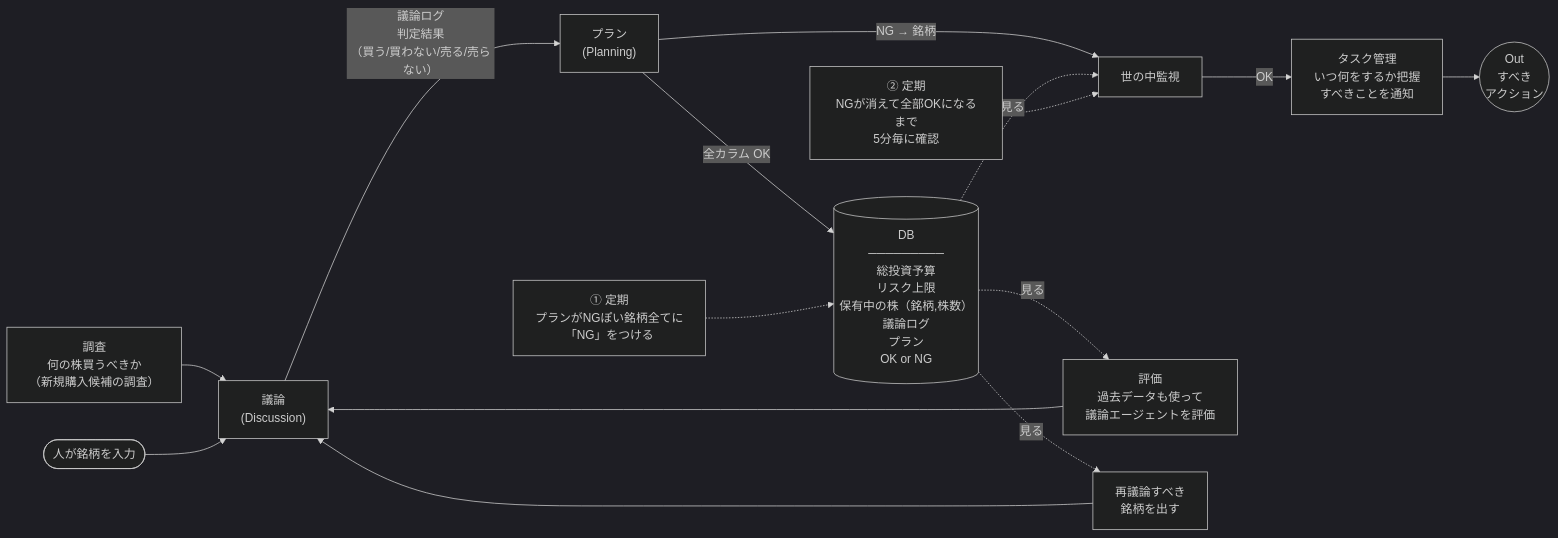
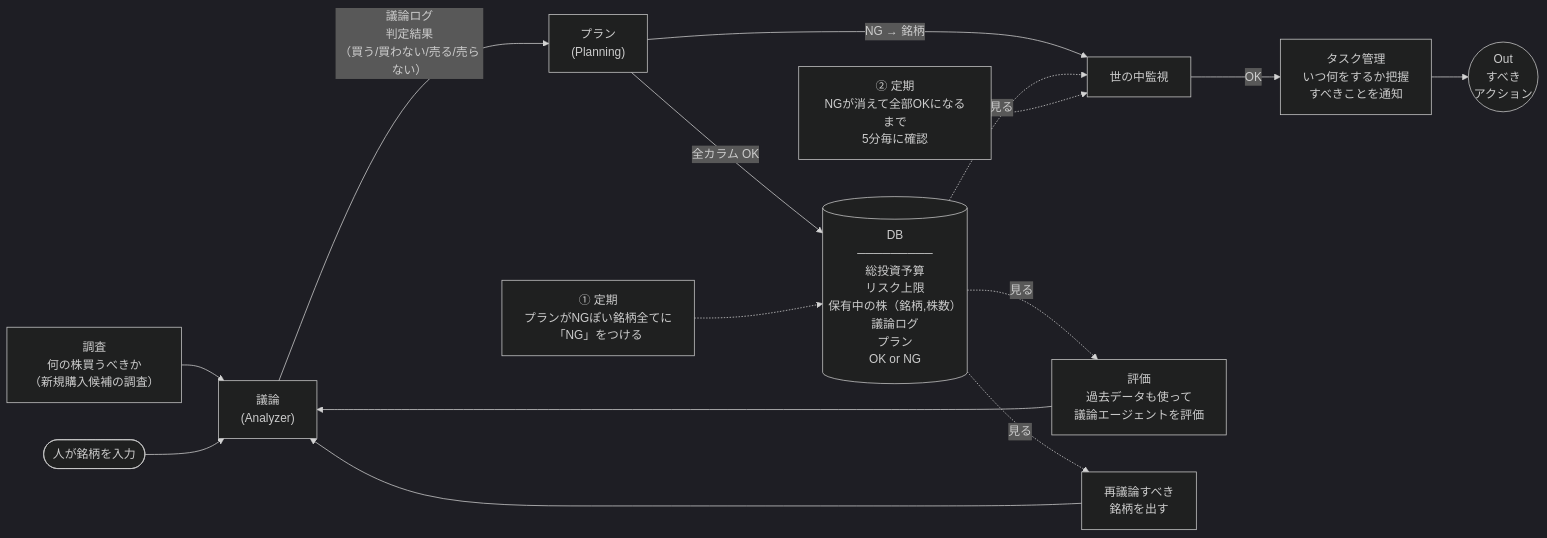
The diagram in system-overview.md (oSUiMiNo/Kabu-Trading1), drawn with Mermaid (dark theme) before and after one commit. The commit also changed other lines of this file and 92 other files, not shown here.

````diff
--- a/system-overview.md
+++ b/system-overview.md
@@ -3,49 +3,49 @@
 ```mermaid
 flowchart LR
     %% --- 入力 ---
     USER(["人が銘柄を入力"])
     RESEARCH["調査<br>何の株買うべきか<br>（新規購入候補の調査）"]
 
     %% --- コアパイプライン ---
-    DISC["議論<br>(Discussion)"]
+    DISC["議論<br>(Analyzer)"]
     PLAN["プラン<br>(Planning)"]
 
     %% --- データ ---
     DB[("DB<br>─────────<br>総投資予算<br>リスク上限<br>保有中の株（銘柄,株数）<br>議論ログ<br>プラン<br>OK or NG")]
 
     %% --- 監視・実行 ---
     MON["世の中監視"]
     TASK["タスク管理<br>いつ何をするか把握<br>すべきことを通知"]
     OUT(("Out<br>すべき<br>アクション"))
 
     %% --- フィードバック ---
     EVAL["評価<br>過去データも使って<br>議論エージェントを評価"]
     REEVAL["再議論すべき<br>銘柄を出す"]
 
     %% ===== メインフロー =====
     RESEARCH --> DISC
     USER --> DISC
     DISC --> |"議論ログ<br>判定結果<br>（買う/買わない/売る/売らない）"| PLAN
     PLAN --> |"全カラム OK"| DB
     MON --> |"OK"| TASK
     TASK --> OUT
 
     %% ===== プラン → 監視（NG分岐） =====
     PLAN --> |"NG → 銘柄"| MON
 
     %% ===== DB参照 =====
     DB -.-> |"見る"| MON
     DB -.-> |"見る"| EVAL
     DB -.-> |"見る"| REEVAL
 
     %% ===== フィードバックループ =====
     EVAL --> DISC
     REEVAL --> DISC
 
     %% ===== 定期トリガ =====
     TIMER1["① 定期<br>プランがNGぽい銘柄全てに<br>「NG」をつける"]
     TIMER2["② 定期<br>NGが消えて全部OKになるまで<br>5分毎に確認"]
 
     TIMER1 -.-> DB
     TIMER2 -.-> MON
 ```
````
